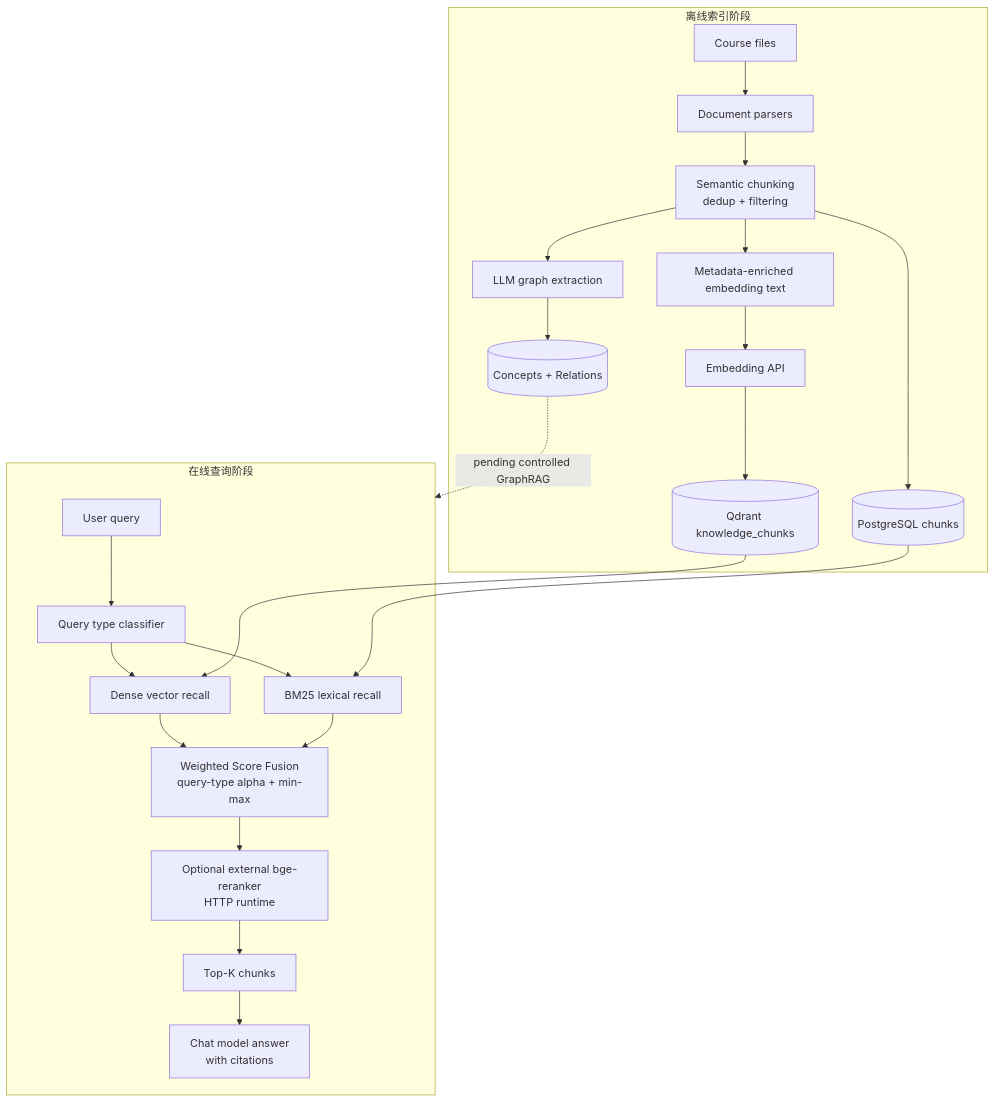
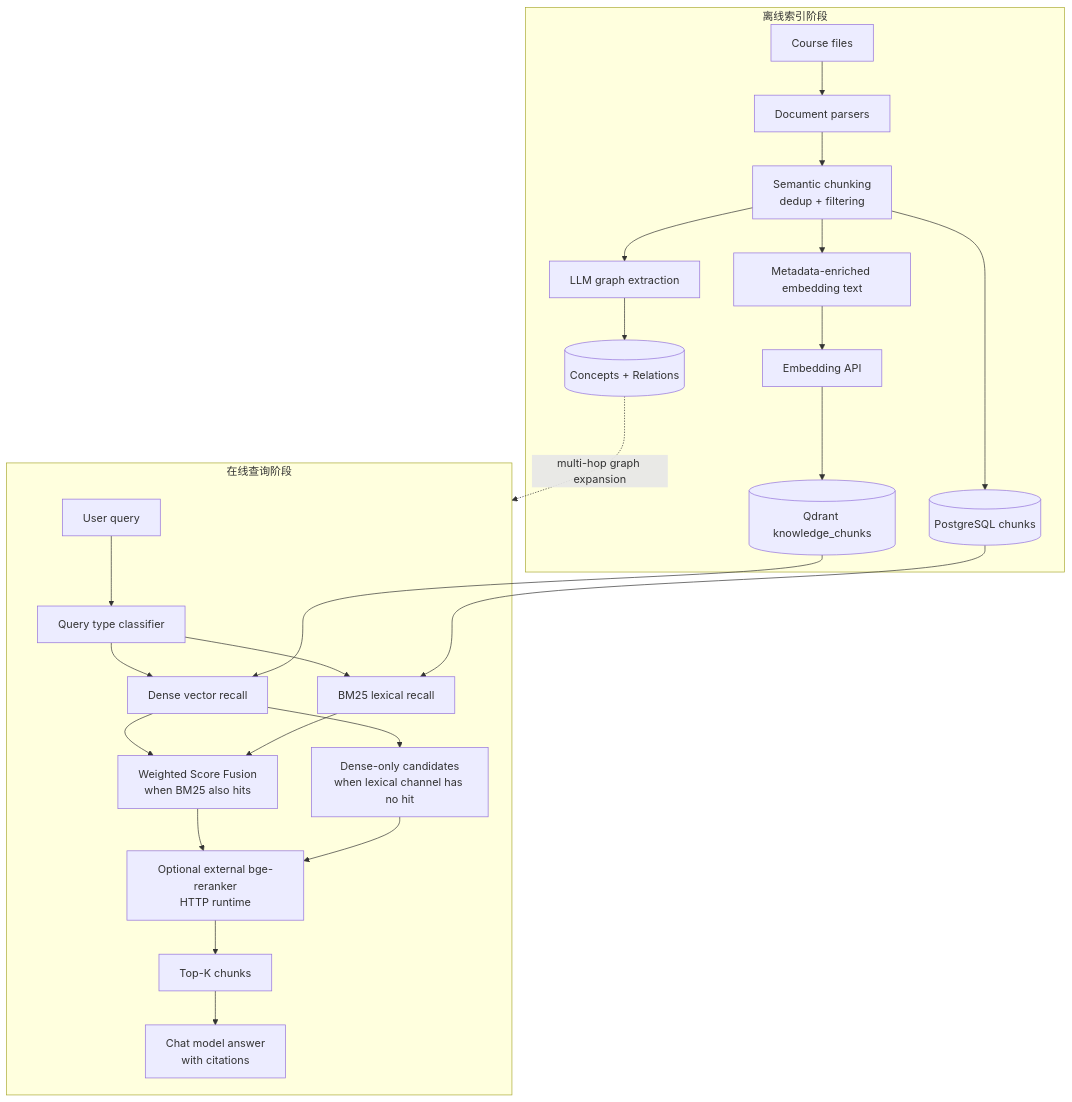
The fifth of 7 diagrams in README.md (Sggggt/DialoGraph), drawn with Mermaid before and after one commit. The commit also changed other lines of this file and 45 other files, not shown here.

````diff
--- a/README.md
+++ b/README.md
@@ -195,28 +198,30 @@
 ```mermaid
 flowchart TB
     subgraph OFFLINE["离线索引阶段"]
         SRC["Course files"] --> PARSE["Document parsers"]
         PARSE --> CHUNK["Semantic chunking<br/>dedup + filtering"]
         CHUNK --> EMBTXT["Metadata-enriched embedding text"]
         EMBTXT --> EMB["Embedding API"]
         EMB --> VEC[("Qdrant knowledge_chunks")]
         CHUNK --> DBW[("PostgreSQL chunks")]
         CHUNK --> GRAPH_EXTRACT["LLM graph extraction"]
         GRAPH_EXTRACT --> KG[("Concepts + Relations")]
     end
 
     subgraph ONLINE["在线查询阶段"]
         Q["User query"] --> QT["Query type classifier"]
         QT --> DENSE["Dense vector recall"]
         QT --> BM25["BM25 lexical recall"]
-        DENSE --> WSF["Weighted Score Fusion<br/>query-type alpha + min-max"]
+        DENSE --> WSF["Weighted Score Fusion<br/>when BM25 also hits"]
         BM25 --> WSF
+        DENSE --> DENSE_ONLY["Dense-only candidates<br/>when lexical channel has no hit"]
         WSF --> RERANK["Optional external bge-reranker<br/>HTTP runtime"]
+        DENSE_ONLY --> RERANK
         RERANK --> TOPK["Top-K chunks"]
         TOPK --> ANSWER["Chat model answer<br/>with citations"]
     end
 
     VEC --> DENSE
     DBW --> BM25
-    KG -. "pending controlled GraphRAG" .-> ONLINE
+    KG -. "multi-hop graph expansion" .-> ONLINE
 ```
````
